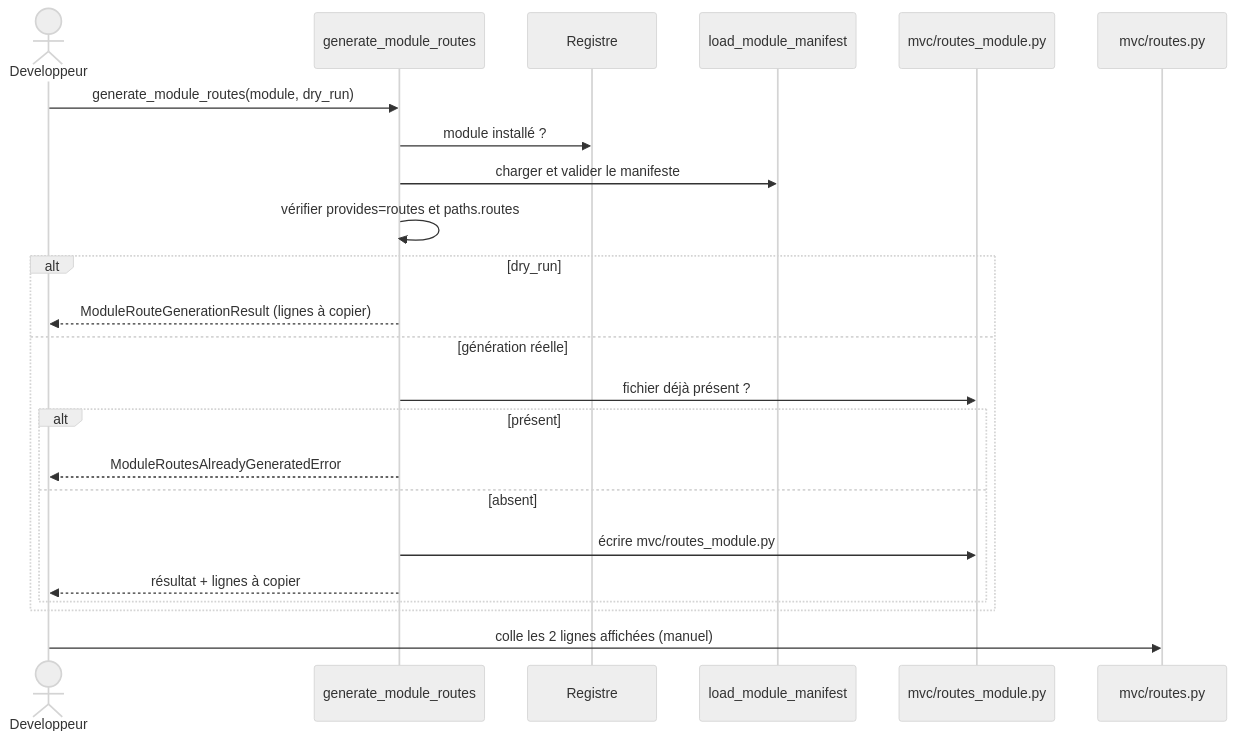
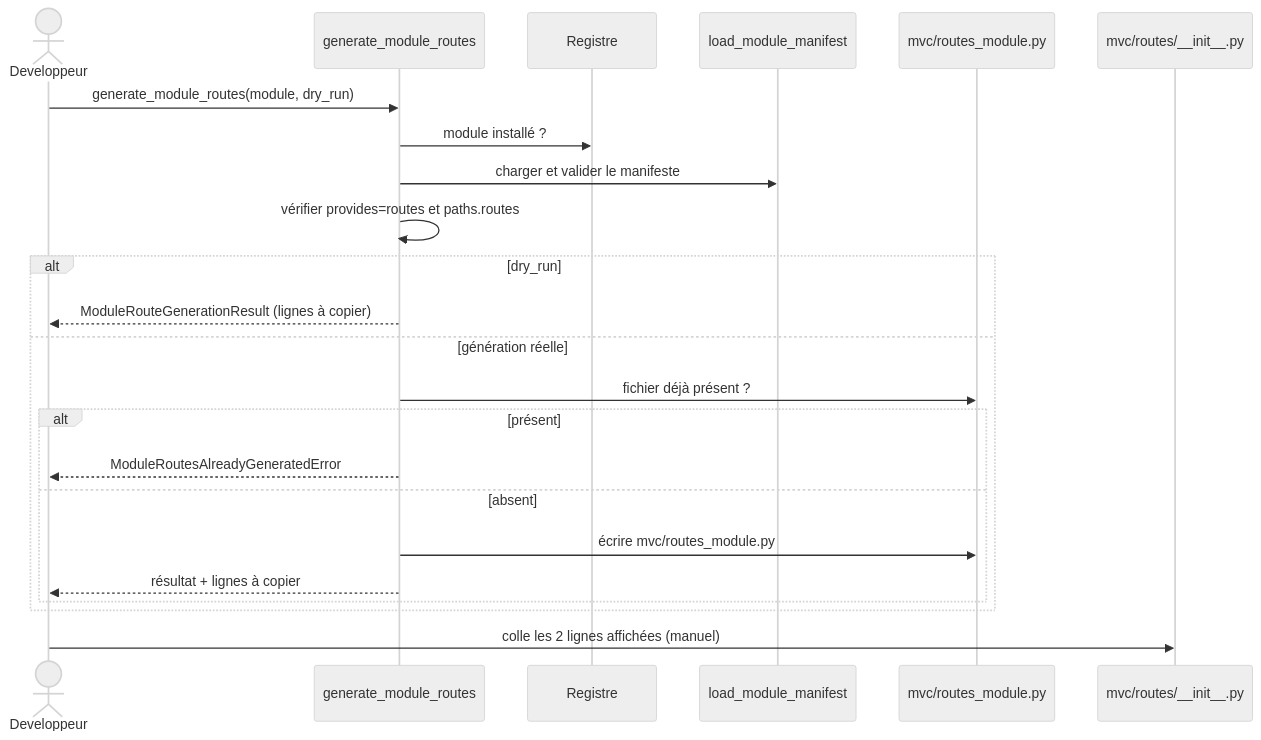
Before and after one commit to caucrogeGit/Forge: the second of 2 diagrams in core/modules/docs/routes.md, drawn with Mermaid (neutral theme). The commit also changed other lines of this file and 116 other files, not shown here.

First line of the commit message:
docs: plus aucune reference au defunt mvc/routes.py (DOC-ROUTES-PACKAGE-REFS-001)

````diff
--- a/core/modules/docs/routes.md
+++ b/core/modules/docs/routes.md
@@ -77,26 +77,26 @@
 ```mermaid
 sequenceDiagram
     actor Developpeur
     participant Generate as generate_module_routes
     participant Registry as Registre
     participant Manifest as load_module_manifest
     participant Disque as mvc/routes_module.py
-    participant Routes as mvc/routes.py
+    participant Routes as mvc/routes/__init__.py
 
     Developpeur->>Generate: generate_module_routes(module, dry_run)
     Generate->>Registry: module installé ?
     Generate->>Manifest: charger et valider le manifeste
     Generate->>Generate: vérifier provides=routes et paths.routes
     alt dry_run
         Generate-->>Developpeur: ModuleRouteGenerationResult (lignes à copier)
     else génération réelle
         Generate->>Disque: fichier déjà présent ?
         alt présent
             Generate-->>Developpeur: ModuleRoutesAlreadyGeneratedError
         else absent
             Generate->>Disque: écrire mvc/routes_module.py
             Generate-->>Developpeur: résultat + lignes à copier
         end
     end
     Developpeur->>Routes: colle les 2 lignes affichées (manuel)
 ```
````
